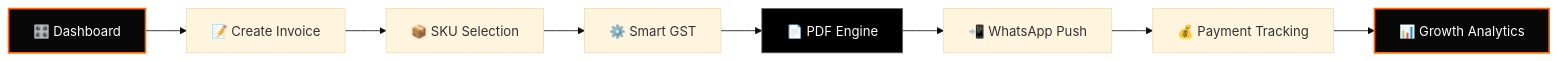
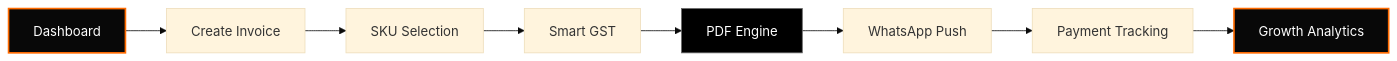
Before and after one commit to Gautam-Bharadwaj/PakkaBill: the first of 2 diagrams in README.md, drawn with Mermaid (base theme). The commit also changed other lines of this file, not shown here.

````diff
--- a/README.md
+++ b/README.md
@@ -19,14 +19,14 @@
 ```mermaid
 graph LR
-    A[🎛️ Dashboard] --> B[📝 Create Invoice]
-    B --> C[📦 SKU Selection]
-    C --> D[⚙️ Smart GST]
-    D --> E[📄 PDF Engine]
-    E --> F[📲 WhatsApp Push]
-    F --> G[💰 Payment Tracking]
-    G --> H[📊 Growth Analytics]
+    A[Dashboard] --> B[Create Invoice]
+    B --> C[SKU Selection]
+    C --> D[Smart GST]
+    D --> E[PDF Engine]
+    E --> F[WhatsApp Push]
+    F --> G[Payment Tracking]
+    G --> H[Growth Analytics]
 
     style A fill:#080808,stroke:#FF6B00,stroke-width:2px,color:#fff
     style H fill:#080808,stroke:#FF6B00,stroke-width:2px,color:#fff
     style E fill:#000,stroke:#666,stroke-width:1px,color:#fff
 ```
````
